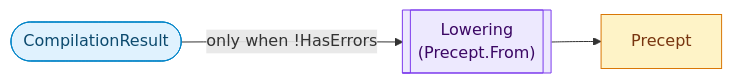
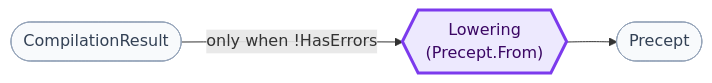
Before and after one commit to sfalik/Precept: the eighth of 9 diagrams in docs/compiler-and-runtime-design.md, drawn with Mermaid. The commit also changed other lines of this file, not shown here.

Commit message:
docs: fix diagram shape consistency and visual hierarchy in §4–§11

````diff
--- a/docs/compiler-and-runtime-design.md
+++ b/docs/compiler-and-runtime-design.md
@@ -516,13 +510,12 @@
 ```mermaid
 flowchart LR
-    CR(["CompilationResult"]):::input
-    LOW[["Lowering\n(Precept.From)"]]:::stage
-    OUT["Precept"]:::artifact
+    classDef data fill:#f8fafc,stroke:#94a3b8,color:#334155
+    classDef stage fill:#ede9fe,stroke:#7c3aed,stroke-width:3px,color:#3b0764
+
+    CR(["CompilationResult"]):::data
+    LOW{{"Lowering\n(Precept.From)"}}:::stage
+    OUT(["Precept"]):::data
 
     CR -->|"only when !HasErrors"| LOW
     LOW --> OUT
-
-    classDef input fill:#e0f2fe,stroke:#0284c7,color:#0c4a6e
-    classDef stage fill:#ede9fe,stroke:#7c3aed,color:#3b0764
-    classDef artifact fill:#fef3c7,stroke:#d97706,color:#78350f
 ```
````
